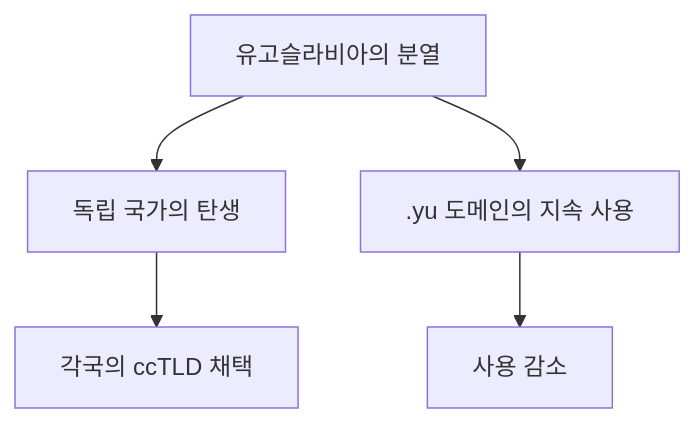
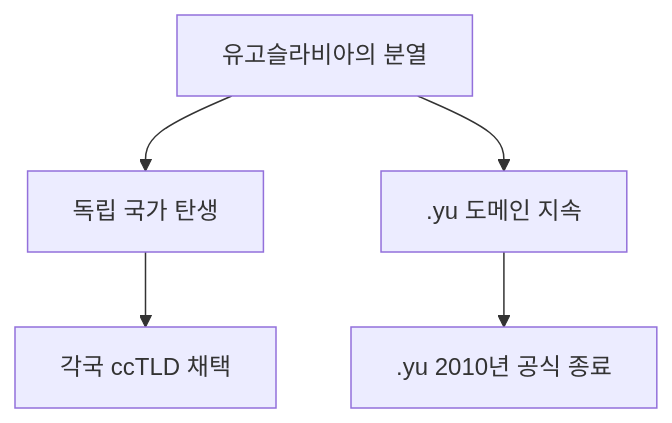
One commit to 42jerrykim/42jerrykim.github.io changed the fourth of 12 diagrams in content/post/2024/2024-10-17-internet-io-domain/index.md. Above: the diagram before and after it, drawn with Mermaid. The commit also changed other lines of this file and 239 other files, not shown here.

````diff
--- a/content/post/2024/2024-10-17-internet-io-domain/index.md
+++ b/content/post/2024/2024-10-17-internet-io-domain/index.md
@@ -217,7 +191,12 @@
 ```mermaid
-graph TD;
-    A[유고슬라비아의 분열] --> B[독립 국가의 탄생]
-    B --> C[각국의 ccTLD 채택]
-    A --> D[.yu 도메인의 지속 사용]
-    D --> E[사용 감소]
+graph TD
+  YugoBreakup["유고슬라비아의 분열"]
+  NewStates["독립 국가 탄생"]
+  EachCcTLD["각국 ccTLD 채택"]
+  YuContinued[".yu 도메인 지속"]
+  YuRetired[".yu 2010년 공식 종료"]
+  YugoBreakup --> NewStates
+  NewStates --> EachCcTLD
+  YugoBreakup --> YuContinued
+  YuContinued --> YuRetired
 ```
````
